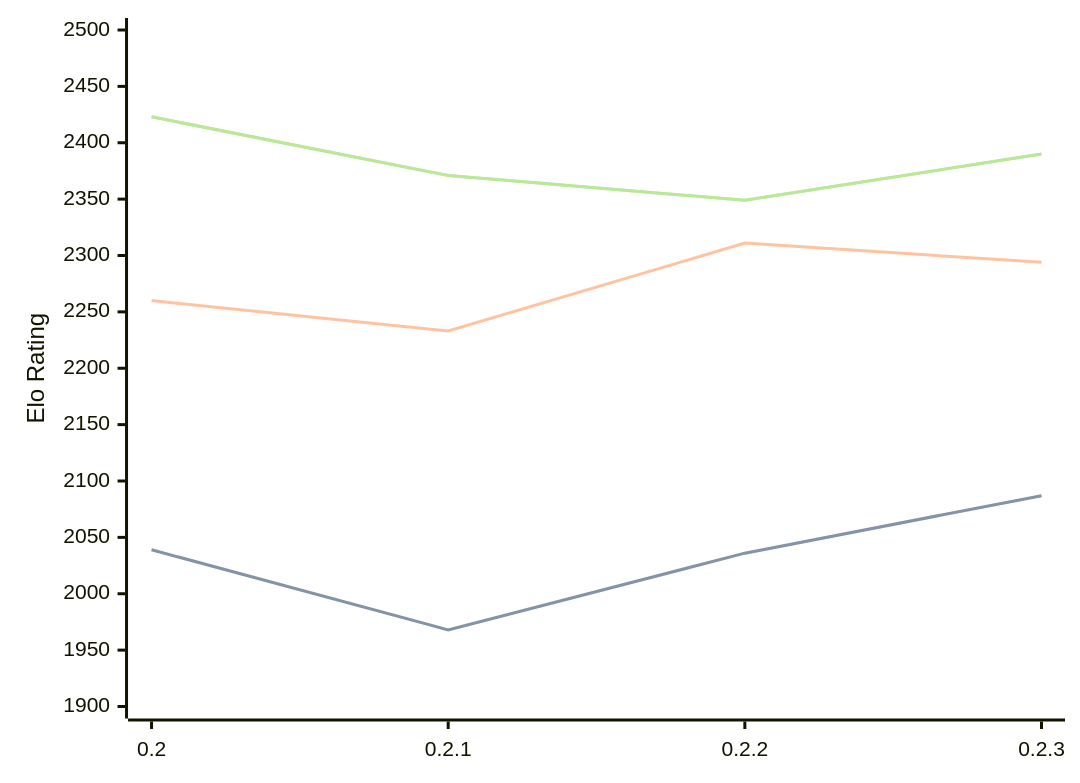
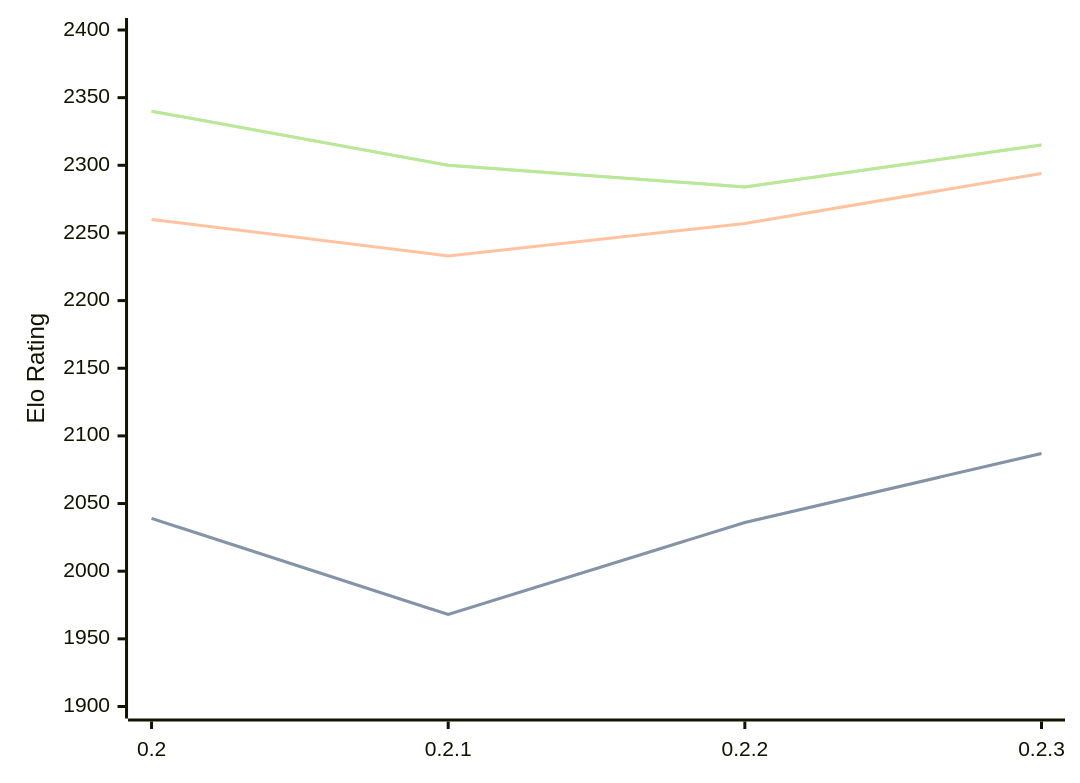
The diagram in engines/Lolbot.md (computer-chess-index/cci), drawn with Mermaid before and after one commit. The commit also changed other lines of this file, not shown here.

Commit message:
Update CCI Ratings (ELO VLTC) - 2026-02-23

````diff
--- a/engines/Lolbot.md
+++ b/engines/Lolbot.md
@@ -32,11 +32,11 @@
 ```mermaid
 %%{init: {"theme":"base","themeVariables":{"seriesColors:['#a3a3a3','#222221','#faa371']}}}%%
 xychart-beta
   x-axis ["0.2", "0.2.1", "0.2.2", "0.2.3"]
-  y-axis "Elo Rating" 1900 --> 2500
+  y-axis "Elo Rating" 1900 --> 2400
   line "STC (8.0+0.08s)" [2039, 1968, 2036, 2087]
   line "STC (8.0+0.08s)" [2039, 1968, 2036, 2087]
-  line "LTC (60.0+0.60s)" [2260, 2233, 2311, 2294]
-  line "VLTC (2m24s+1.12s)" [2423, 2371, 2349, 2390]
-  line "VLTC (2m24s+1.12s)" [2423, 2371, 2349, 2390]
+  line "LTC (60.0+0.60s)" [2260, 2233, 2257, 2294]
+  line "VLTC (2m24s+1.12s)" [2340, 2300, 2284, 2315]
+  line "VLTC (2m24s+1.12s)" [2340, 2300, 2284, 2315]
 ```
````
